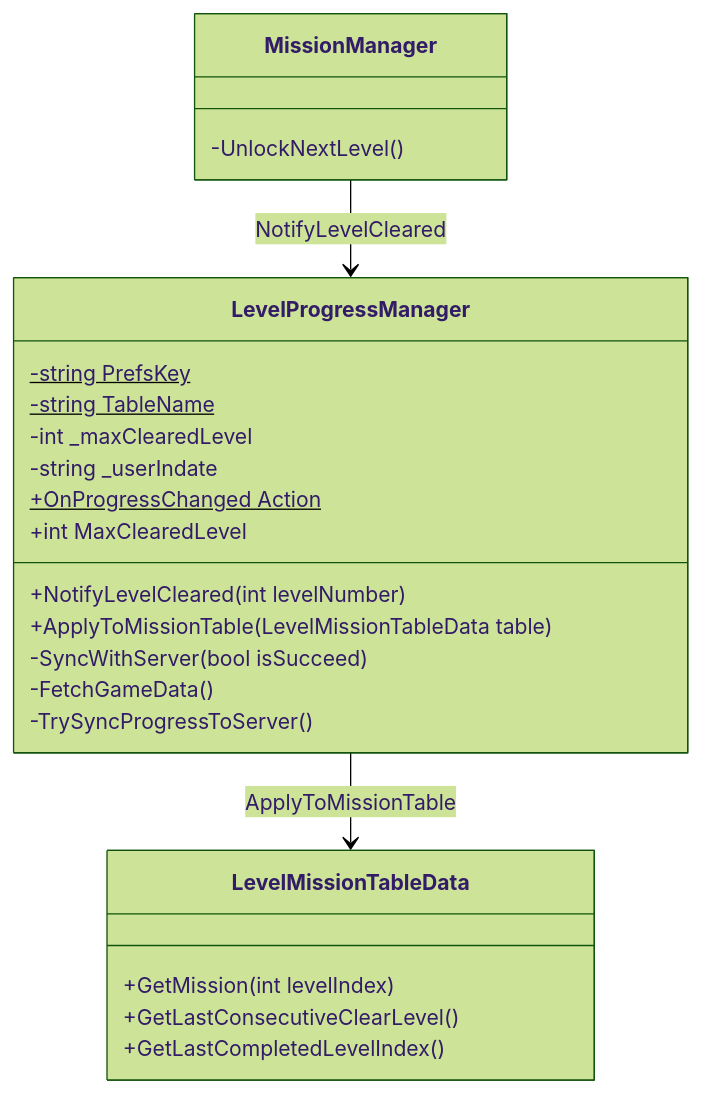
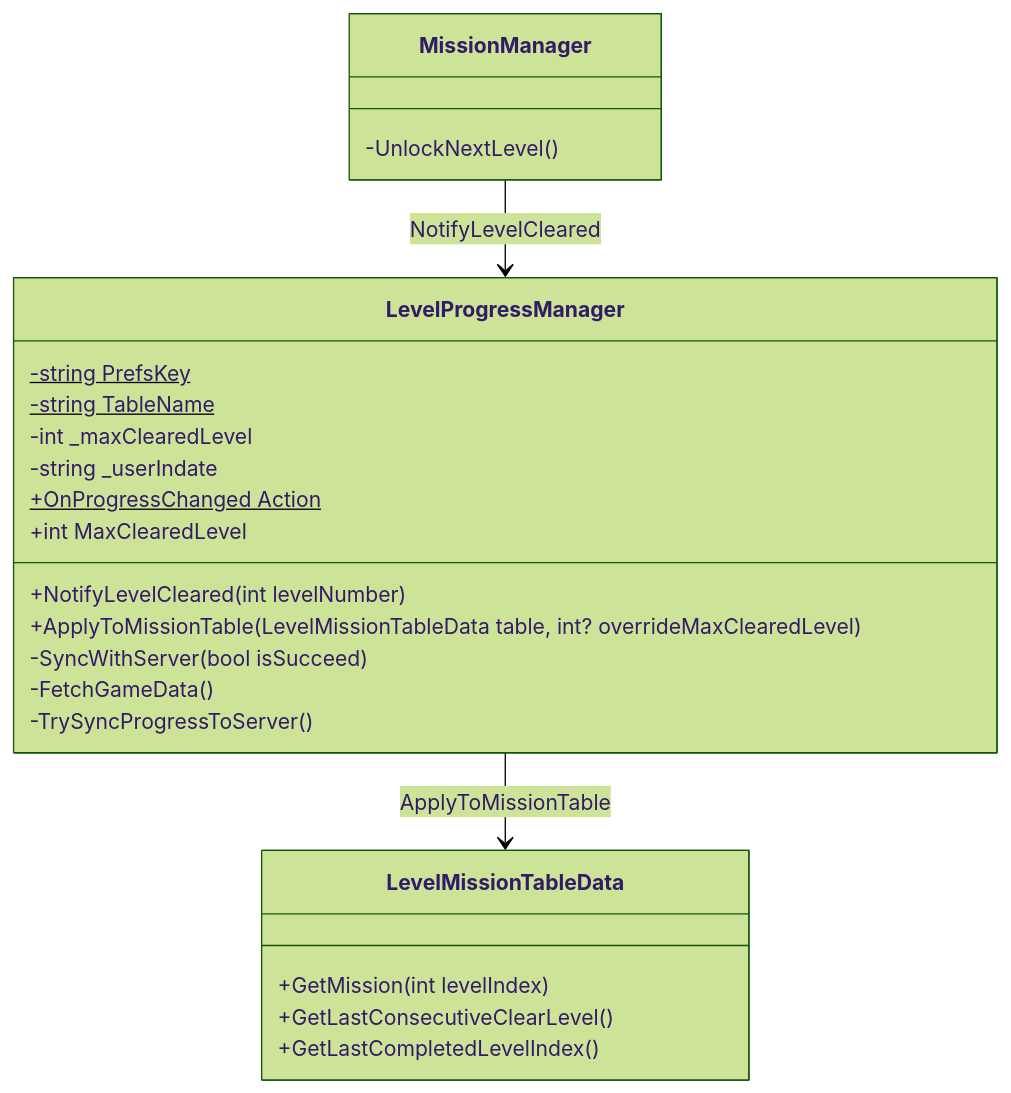
The third of 3 diagrams in docs/diagrams/level-progress-manager.md (chlghksgml01/BlockPuzzle), drawn with Mermaid (forest theme) before and after one commit. The commit also changed other lines of this file and 13 other files, not shown here.

Commit message:
feat: BP-6 레벨 노드 잠금/해금/완료 3단계, DubugMaxClearedLevel추가

````diff
--- a/docs/diagrams/level-progress-manager.md
+++ b/docs/diagrams/level-progress-manager.md
@@ -59,29 +65,29 @@
 ```mermaid
 classDiagram
   class LevelProgressManager {
     -string PrefsKey$
     -string TableName$
     -int _maxClearedLevel
     -string _userIndate
     +OnProgressChanged Action$
     +int MaxClearedLevel
     +NotifyLevelCleared(int levelNumber)
-    +ApplyToMissionTable(LevelMissionTableData table)
+    +ApplyToMissionTable(LevelMissionTableData table, int? overrideMaxClearedLevel)
     -SyncWithServer(bool isSucceed)
     -FetchGameData()
     -TrySyncProgressToServer()
   }
 
   class MissionManager {
     -UnlockNextLevel()
   }
 
   class LevelMissionTableData {
     +GetMission(int levelIndex)
     +GetLastConsecutiveClearLevel()
     +GetLastCompletedLevelIndex()
   }
 
   MissionManager --> LevelProgressManager : NotifyLevelCleared
   LevelProgressManager --> LevelMissionTableData : ApplyToMissionTable
 ```
````
